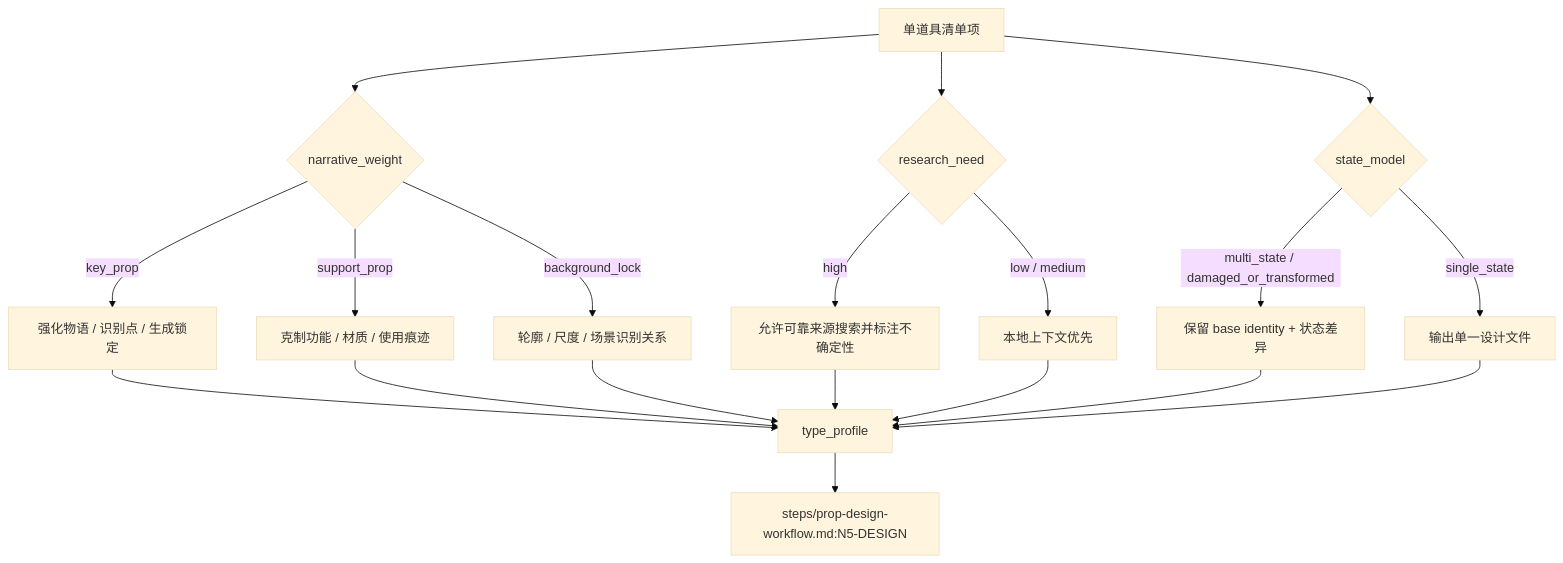
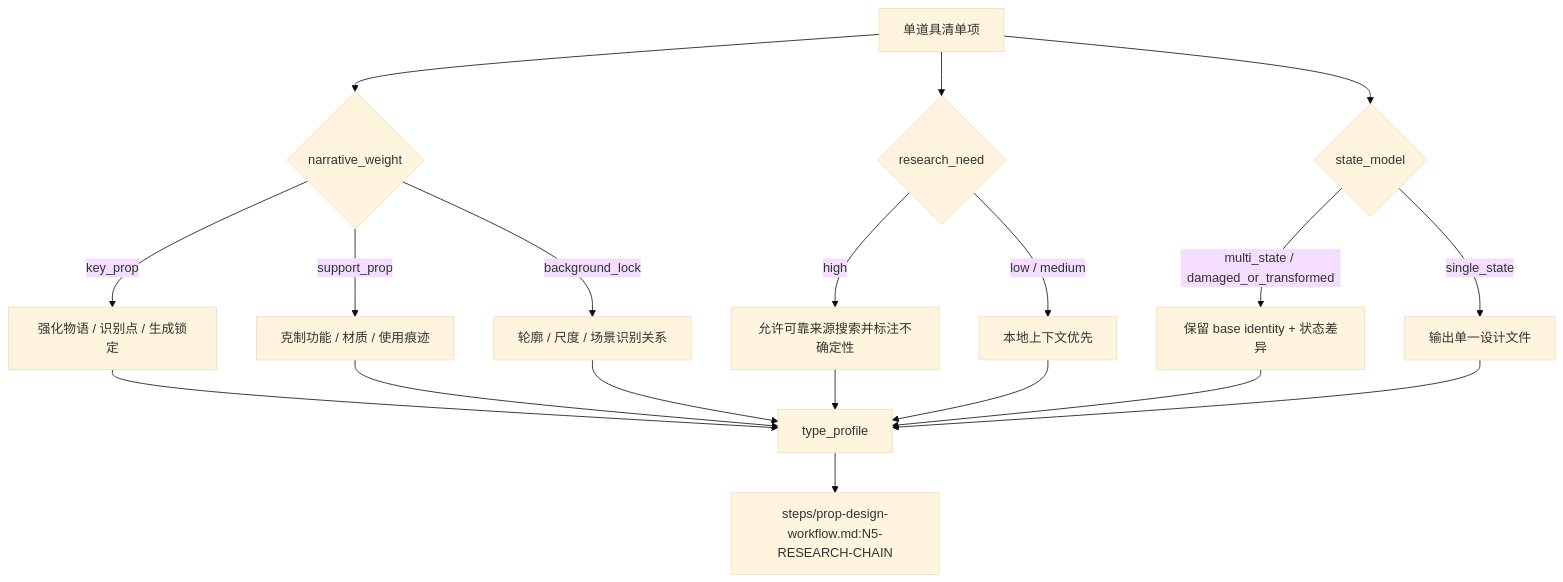
One commit to ZEN-VOID/AI-CUT changed the diagram in .agents/skills/aigc/5-设计/道具/2-设计/types/prop-design-type-map.md. Above: the diagram before and after it, drawn with Mermaid (base theme). The commit also changed other lines of this file and 526 other files, not shown here.

````diff
--- a/.agents/skills/aigc/5-设计/道具/2-设计/types/prop-design-type-map.md
+++ b/.agents/skills/aigc/5-设计/道具/2-设计/types/prop-design-type-map.md
@@ -28,21 +31,21 @@
 ```mermaid
 flowchart TD
     A["单道具清单项"] --> B{"narrative_weight"}
     B -->|"key_prop"| C["强化物语 / 识别点 / 生成锁定"]
     B -->|"support_prop"| D["克制功能 / 材质 / 使用痕迹"]
     B -->|"background_lock"| E["轮廓 / 尺度 / 场景识别关系"]
     A --> F{"research_need"}
     F -->|"high"| G["允许可靠来源搜索并标注不确定性"]
     F -->|"low / medium"| H["本地上下文优先"]
     A --> I{"state_model"}
     I -->|"multi_state / damaged_or_transformed"| J["保留 base identity + 状态差异"]
     I -->|"single_state"| K["输出单一设计文件"]
     C --> L["type_profile"]
     D --> L
     E --> L
     G --> L
     H --> L
     J --> L
     K --> L
-    L --> M["steps/prop-design-workflow.md:N5-DESIGN"]
+    L --> M["steps/prop-design-workflow.md:N5-RESEARCH-CHAIN"]
 ```
````
